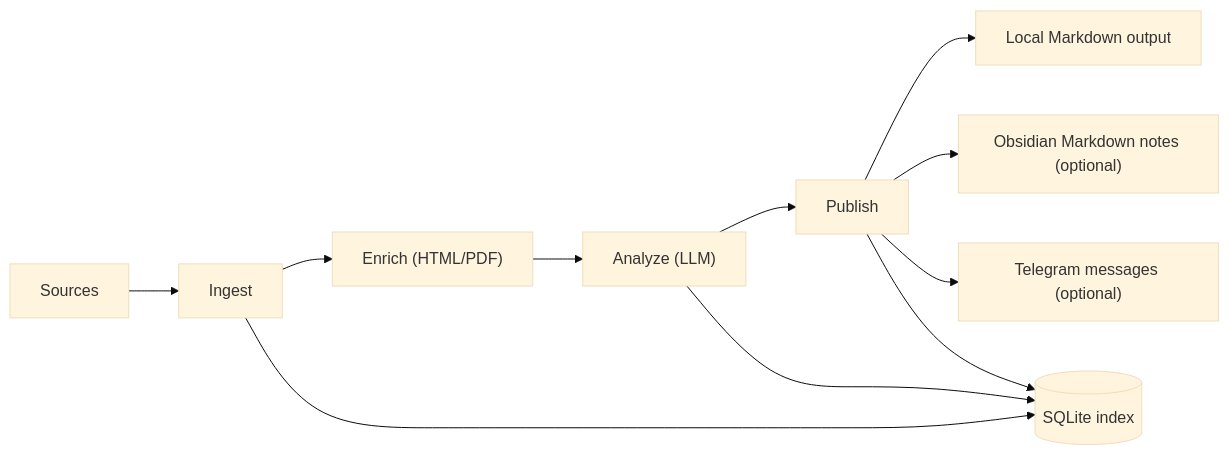
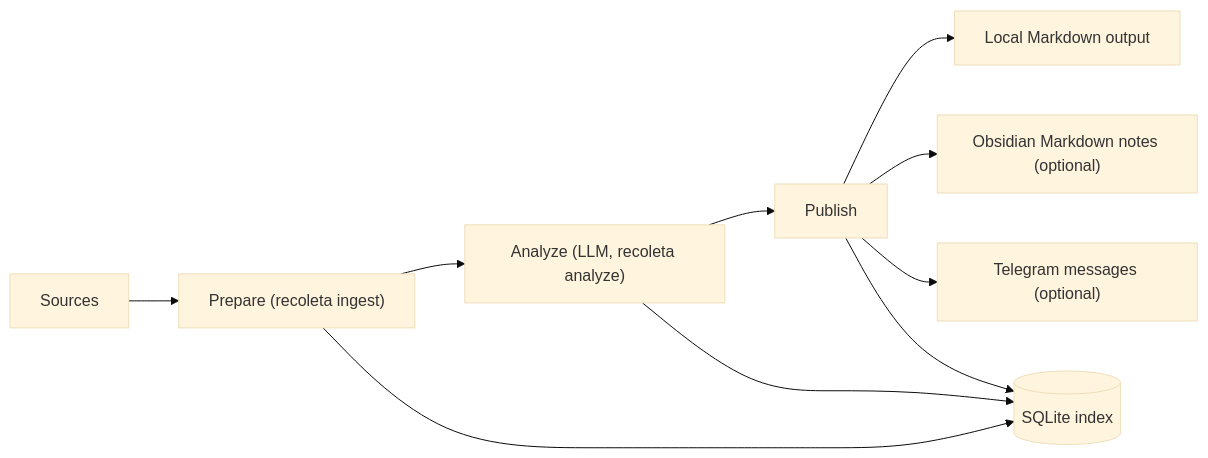
Before and after one commit to NeapolitanIcecream/recoleta: the diagram in README.md, drawn with Mermaid (base theme). The commit also changed other lines of this file and 11 other files, not shown here.

First line of the commit message:
refactor split prepare and analyze stage boundaries

````diff
--- a/README.md
+++ b/README.md
@@ -28,13 +28,12 @@
 ```mermaid
 flowchart LR
-  Sources[Sources] --> Ingest[Ingest]
-  Ingest --> Enrich["Enrich (HTML/PDF)"]
-  Enrich --> Analyze["Analyze (LLM)"]
+  Sources[Sources] --> Prepare["Prepare (recoleta ingest)"]
+  Prepare --> Analyze["Analyze (LLM, recoleta analyze)"]
   Analyze --> Publish[Publish]
   Publish --> Markdown[Local Markdown output]
   Publish --> Obsidian["Obsidian Markdown notes (optional)"]
   Publish --> Telegram["Telegram messages (optional)"]
-  Ingest --> SQLite[(SQLite index)]
+  Prepare --> SQLite[(SQLite index)]
   Analyze --> SQLite
   Publish --> SQLite
 ```
````
